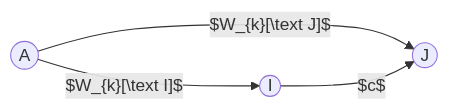
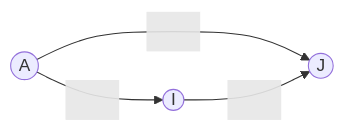
One commit to CHOYUNSIG/algorithm_with_boj changed the first of 3 diagrams in _posts/2024-01-07-bellman_ford.md. Above: the diagram before and after it, drawn with Mermaid.

Commit message:
포스트 업데이트

```diff
--- a/_posts/2024-01-07-bellman_ford.md
+++ b/_posts/2024-01-07-bellman_ford.md
@@ -37,10 +37,10 @@
 <pre class="mermaid">
     graph LR
-    A -- <span class="mathjax mj1">$W_{k}[\text I]$</span> --> I
-    A -- <span class="mathjax mj2">$W_{k}[\text J]$</span> --> J
-    I -- <span class="mathjax mj3">$c$</span> --> J
+    A -- <span class="mathjax mj1" style="display:inline-block; width: 50px; height: 30px"></span> --> I
+    A -- <span class="mathjax mj2" style="display:inline-block; width: 50px; height: 30px"></span> --> J
+    I -- <span class="mathjax mj3" style="display:inline-block; width: 50px; height: 30px"></span> --> J
 
     A((A))
     I((I))
     J((J))
 </pre>
```
